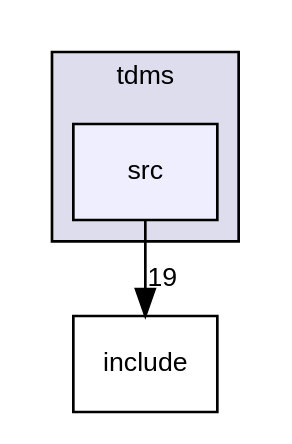
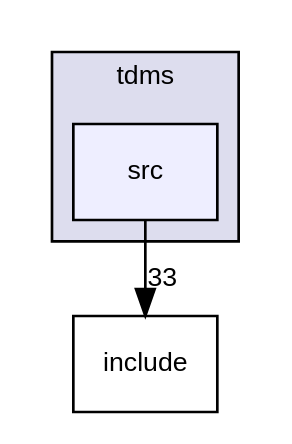
The diagram in dir_31743c9f8cb9d8e1833bb08943f9ef81_dep.dot (UCL/TDMS), drawn with Graphviz before and after one commit. The commit also changed 123 other files, not shown here.

```diff
--- a/dir_31743c9f8cb9d8e1833bb08943f9ef81_dep.dot
+++ b/dir_31743c9f8cb9d8e1833bb08943f9ef81_dep.dot
@@ -1,11 +1,11 @@
 digraph "tdms/src" {
   compound=true
   node [ fontsize="10", fontname="Helvetica"];
   edge [ labelfontsize="10", labelfontname="Helvetica"];
   subgraph clusterdir_dfaedd75726dc0f14b5d7f96fe9da9ad {
     graph [ bgcolor="#ddddee", pencolor="black", label="tdms" fontname="Helvetica", fontsize="10", URL="dir_dfaedd75726dc0f14b5d7f96fe9da9ad.html"]
   dir_31743c9f8cb9d8e1833bb08943f9ef81 [shape=box, label="src", style="filled", fillcolor="#eeeeff", pencolor="black", URL="dir_31743c9f8cb9d8e1833bb08943f9ef81.html"];
   }
   dir_31151eb6fe72a8c6f09675be35b4e99c [shape=box label="include" URL="dir_31151eb6fe72a8c6f09675be35b4e99c.html"];
-  dir_31743c9f8cb9d8e1833bb08943f9ef81->dir_31151eb6fe72a8c6f09675be35b4e99c [headlabel="19", labeldistance=1.5 headhref="dir_000003_000002.html"];
+  dir_31743c9f8cb9d8e1833bb08943f9ef81->dir_31151eb6fe72a8c6f09675be35b4e99c [headlabel="33", labeldistance=1.5 headhref="dir_000003_000002.html"];
 }
```
